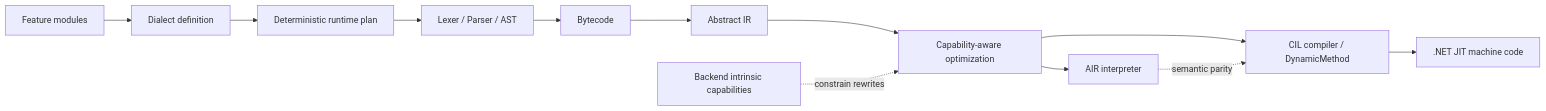
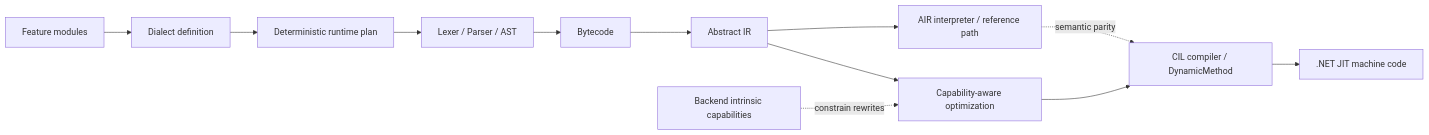
One commit to Misha1302/UniversalToolchain changed the diagram in docs/talks/rebase-2026/README.md. Above: the diagram before and after it, drawn with Mermaid.

Commit message:
docs: show interpreter as unspecialized reference path

````diff
--- a/docs/talks/rebase-2026/README.md
+++ b/docs/talks/rebase-2026/README.md
@@ -40,14 +40,14 @@
 ```mermaid
 graph LR
     A[Feature modules] --> B[Dialect definition]
     B --> C[Deterministic runtime plan]
     C --> D[Lexer / Parser / AST]
     D --> E[Bytecode]
     E --> F[Abstract IR]
+    F --> H[AIR interpreter / reference path]
     F --> G[Capability-aware optimization]
-    G --> H[AIR interpreter]
     G --> I[CIL compiler / DynamicMethod]
     K[Backend intrinsic capabilities] -. constrain rewrites .-> G
     I --> J[.NET JIT machine code]
     H -. semantic parity .-> I
 ```
````
